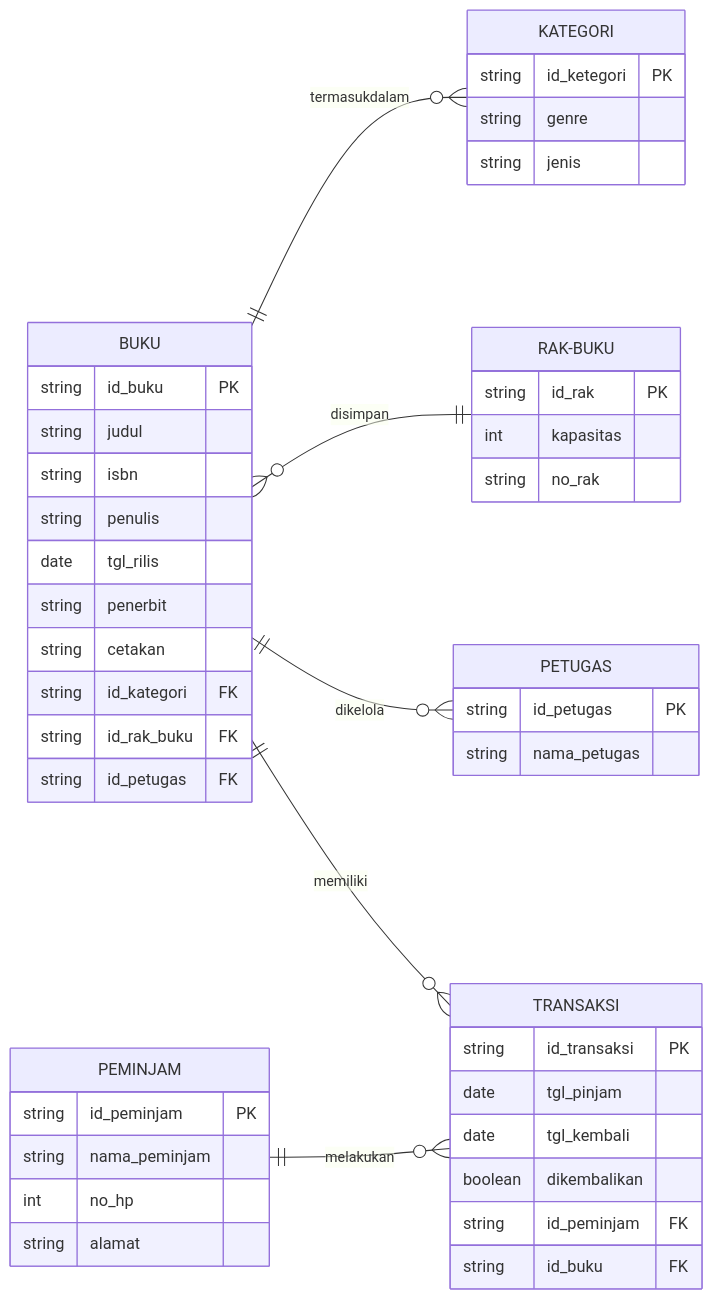
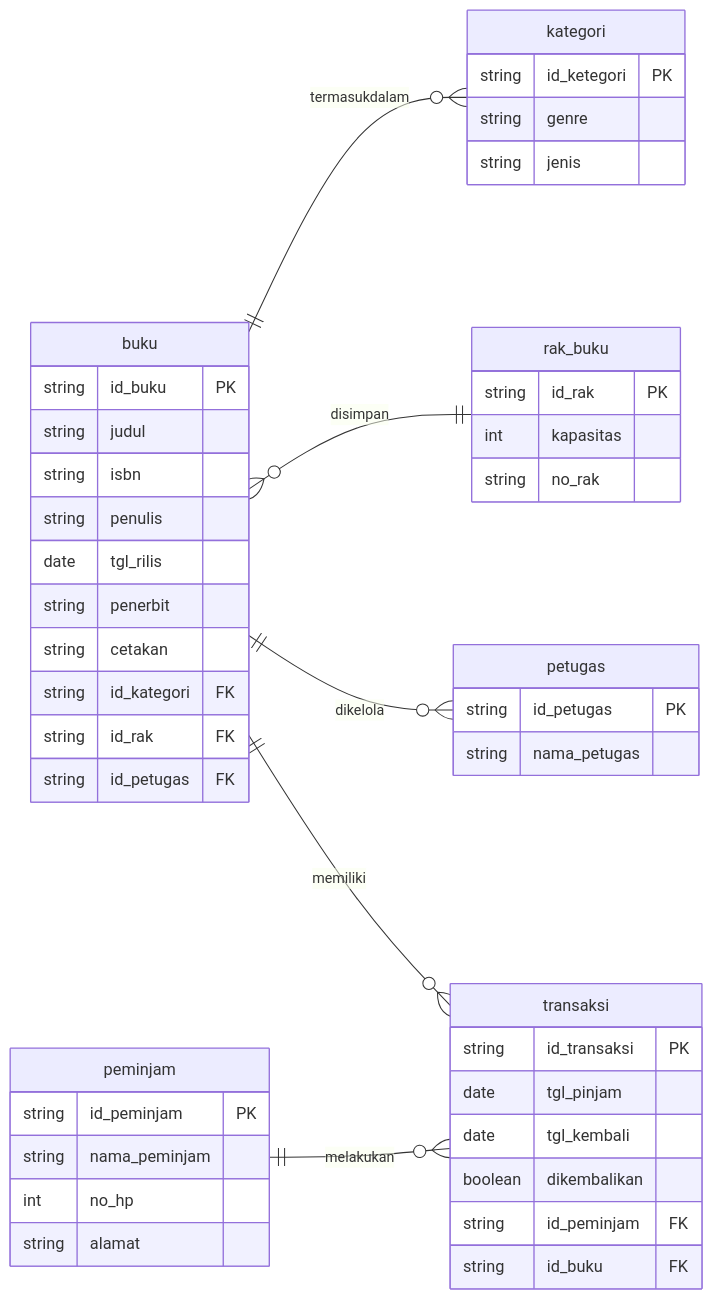
The diagram in README.md (Dwaysetya/fgo24-db-erd), drawn with Mermaid before and after one commit.

Commit message:
fix: update code in readme

````diff
--- a/README.md
+++ b/README.md
@@ -5,56 +5,63 @@
 ```mermaid
 
 
 erDiagram
 direction LR
-BUKU ||--o{ KATEGORI : termasukdalam
-BUKU }o--|| RAK-BUKU : disimpan
-BUKU ||--o{ PETUGAS : dikelola
-BUKU ||--o{ TRANSAKSI : memiliki
-BUKU {
+buku ||--o{ kategori : termasukdalam
+buku }o--|| rak_buku : disimpan
+buku ||--o{ petugas: dikelola
+buku ||--o{ transaksi: memiliki
+
+buku {
 string id_buku PK
 string judul
 string isbn
 string penulis
 date tgl_rilis
 string penerbit
 string cetakan
 string id_kategori FK
-string id_rak_buku FK
+string id_rak FK
 string id_petugas FK
 
 }
-KATEGORI {
+
+kategori{
 string id_ketegori PK
 string genre
 string jenis
 }
-RAK-BUKU {
+
+rak_buku{
 string id_rak PK
 int kapasitas
 string no_rak
 }
-PETUGAS {
+
+petugas{
 string id_petugas PK
 string nama_petugas
 }
-PEMINJAM ||--o{ TRANSAKSI : melakukan
-PEMINJAM {
+
+peminjam ||--o{ transaksi : melakukan
+
+peminjam {
 string id_peminjam PK
 string nama_peminjam
 int no_hp
 string alamat
 }
-TRANSAKSI {
+
+transaksi {
 string id_transaksi PK
 date tgl_pinjam
 date tgl_kembali
 boolean dikembalikan
 string id_peminjam FK
 string id_buku FK
 }
 
 
 
 
 ```
````
